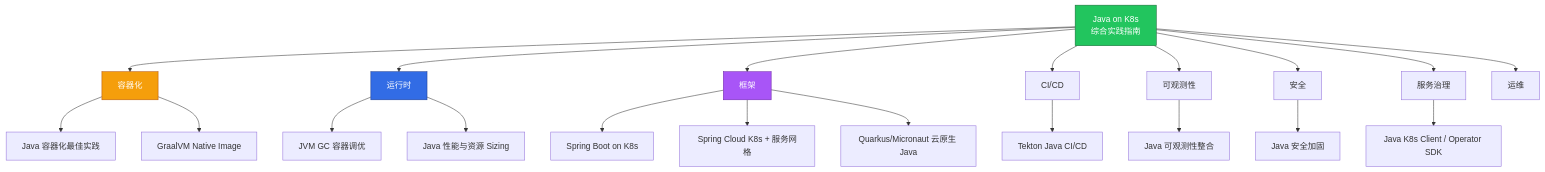
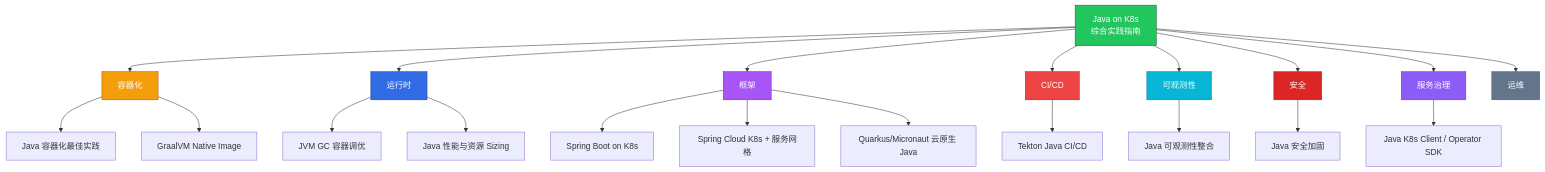
Before and after one commit to kudig-io/kudig-database: the first of 3 diagrams in topic-java-kubernetes/README.md, drawn with Mermaid. The commit also changed other lines of this file and 8633 other files, not shown here.

````diff
--- a/topic-java-kubernetes/README.md
+++ b/topic-java-kubernetes/README.md
@@ -12,34 +67,39 @@
 ```mermaid
-graph TD
+graph TB
     ROOT[Java on K8s<br/>综合实践指南] --> A[容器化]
     ROOT --> B[运行时]
     ROOT --> C[框架]
     ROOT --> D[CI/CD]
     ROOT --> E[可观测性]
     ROOT --> F[安全]
     ROOT --> G[服务治理]
     ROOT --> H[运维]
 
     A --> A1[Java 容器化最佳实践]
     A --> A2[GraalVM Native Image]
 
     B --> B1[JVM GC 容器调优]
     B --> B2[Java 性能与资源 Sizing]
 
     C --> C1[Spring Boot on K8s]
     C --> C2[Spring Cloud K8s + 服务网格]
     C --> C3[Quarkus/Micronaut 云原生 Java]
 
     D --> D1[Tekton Java CI/CD]
 
     E --> E1[Java 可观测性整合]
 
     F --> F1[Java 安全加固]
 
     G --> G1[Java K8s Client / Operator SDK]
 
     style ROOT fill:#22c55e,stroke:#166534,color:#fff
     style A fill:#f59e0b,stroke:#b45309,color:#fff
     style B fill:#326ce5,stroke:#1a3a8f,color:#fff
     style C fill:#a855f7,stroke:#6b21a8,color:#fff
+    style D fill:#ef4444,stroke:#991b1b,color:#fff
+    style E fill:#06b6d4,stroke:#0e7490,color:#fff
+    style F fill:#dc2626,stroke:#991b1b,color:#fff
+    style G fill:#8b5cf6,stroke:#6d28d9,color:#fff
+    style H fill:#64748b,stroke:#475569,color:#fff
 ```
````
